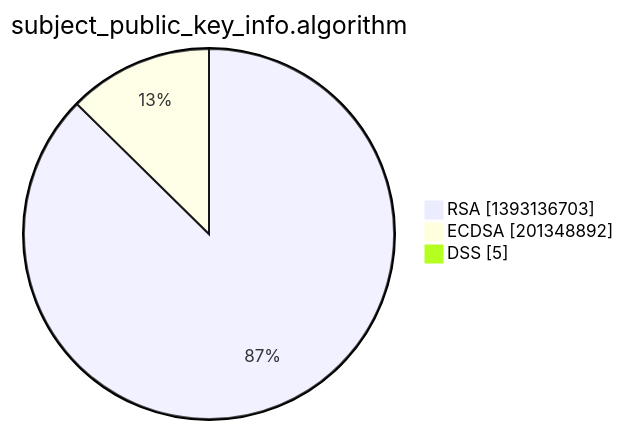
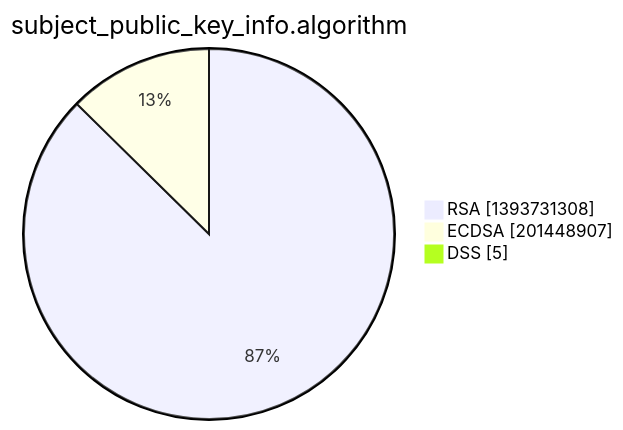
Before and after one commit to christiankrug/ctmonitor_visualization: the third of 15 diagrams in xenon2022/README.md, drawn with Mermaid. The commit also changed other lines of this file, not shown here.

````diff
--- a/xenon2022/README.md
+++ b/xenon2022/README.md
@@ -14,7 +14,7 @@
 ```mermaid
 pie showData
 title subject_public_key_info.algorithm
-"RSA" :1393136703
-"ECDSA" :201348892
+"RSA" :1393731308
+"ECDSA" :201448907
 "DSS" :5
 ```
````
